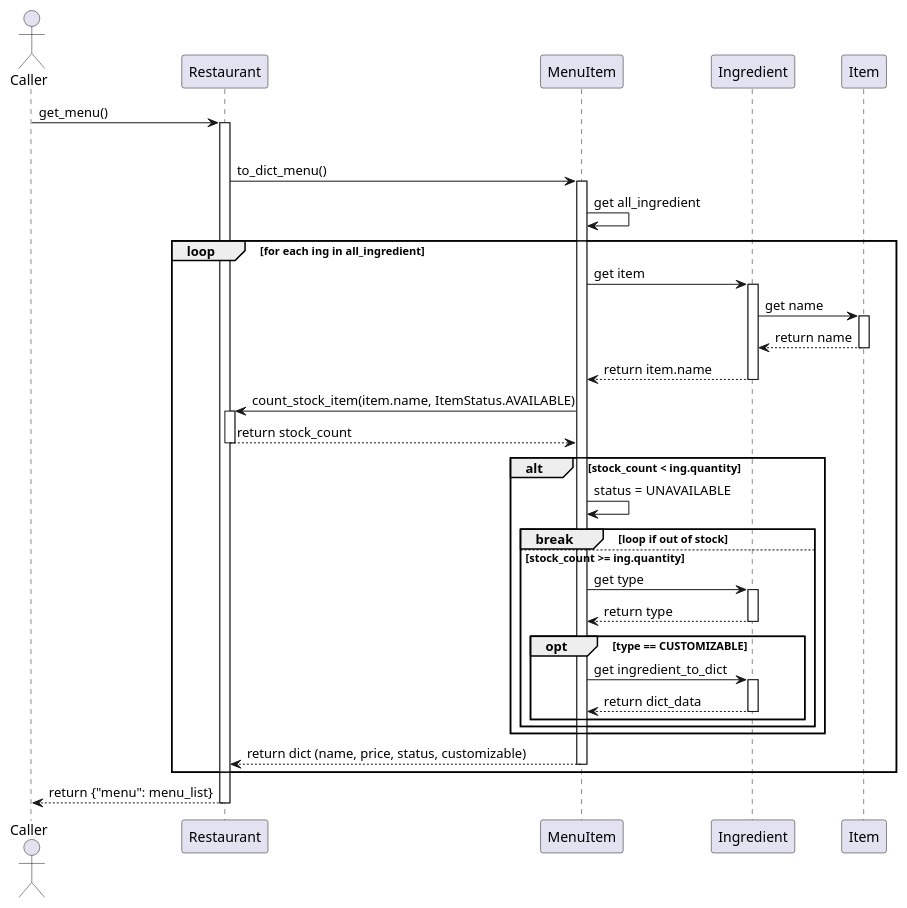
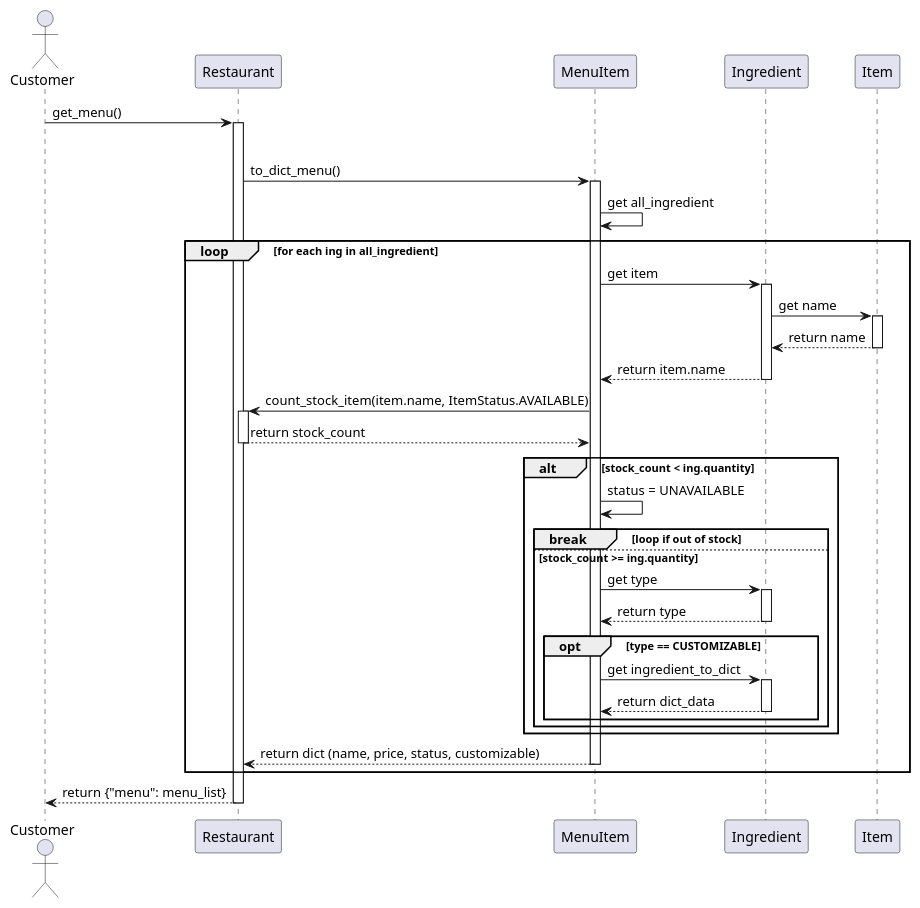
One commit to twrrippy/knight-chicken-oop changed the diagram in shared/doc/get_menu_sequence.puml. Above: the diagram before and after it, drawn with PlantUML.

Commit message:
fix: update in get_menu_sequence diagram

```diff
--- a/shared/doc/get_menu_sequence.puml
+++ b/shared/doc/get_menu_sequence.puml
@@ -1,59 +1,59 @@
 @startuml
-actor Caller
+actor Customer
 participant "Restaurant" as Restaurant
 participant "MenuItem" as MenuItem
 participant "Ingredient" as Ingredient
 participant "Item" as Item
 
-Caller -> Restaurant : get_menu()
+Customer -> Restaurant : get_menu()
 activate Restaurant
 
 loop for each m in __menu
     Restaurant -> MenuItem : to_dict_menu()
     activate MenuItem
     
     MenuItem -> MenuItem : get all_ingredient
     
     loop for each ing in all_ingredient
         MenuItem -> Ingredient : get item
         activate Ingredient
         
         Ingredient -> Item : get name
         activate Item
         Item --> Ingredient : return name
         deactivate Item
         
         Ingredient --> MenuItem : return item.name
         deactivate Ingredient
         
         MenuItem -> Restaurant : count_stock_item(item.name, ItemStatus.AVAILABLE)
         activate Restaurant
         Restaurant --> MenuItem : return stock_count
         deactivate Restaurant
         
         alt stock_count < ing.quantity
             MenuItem -> MenuItem : status = UNAVAILABLE
             Break loop if out of stock
         else stock_count >= ing.quantity
             MenuItem -> Ingredient : get type
             activate Ingredient
             Ingredient --> MenuItem : return type
             deactivate Ingredient
             
             opt type == CUSTOMIZABLE
                 MenuItem -> Ingredient : get ingredient_to_dict
                 activate Ingredient
                 Ingredient --> MenuItem : return dict_data
                 deactivate Ingredient
             end
         end
     end
     
     MenuItem --> Restaurant : return dict (name, price, status, customizable)
     deactivate MenuItem
 end
 
-Restaurant --> Caller : return {"menu": menu_list}
+Restaurant --> Customer : return {"menu": menu_list}
 deactivate Restaurant
 
 @enduml
```
